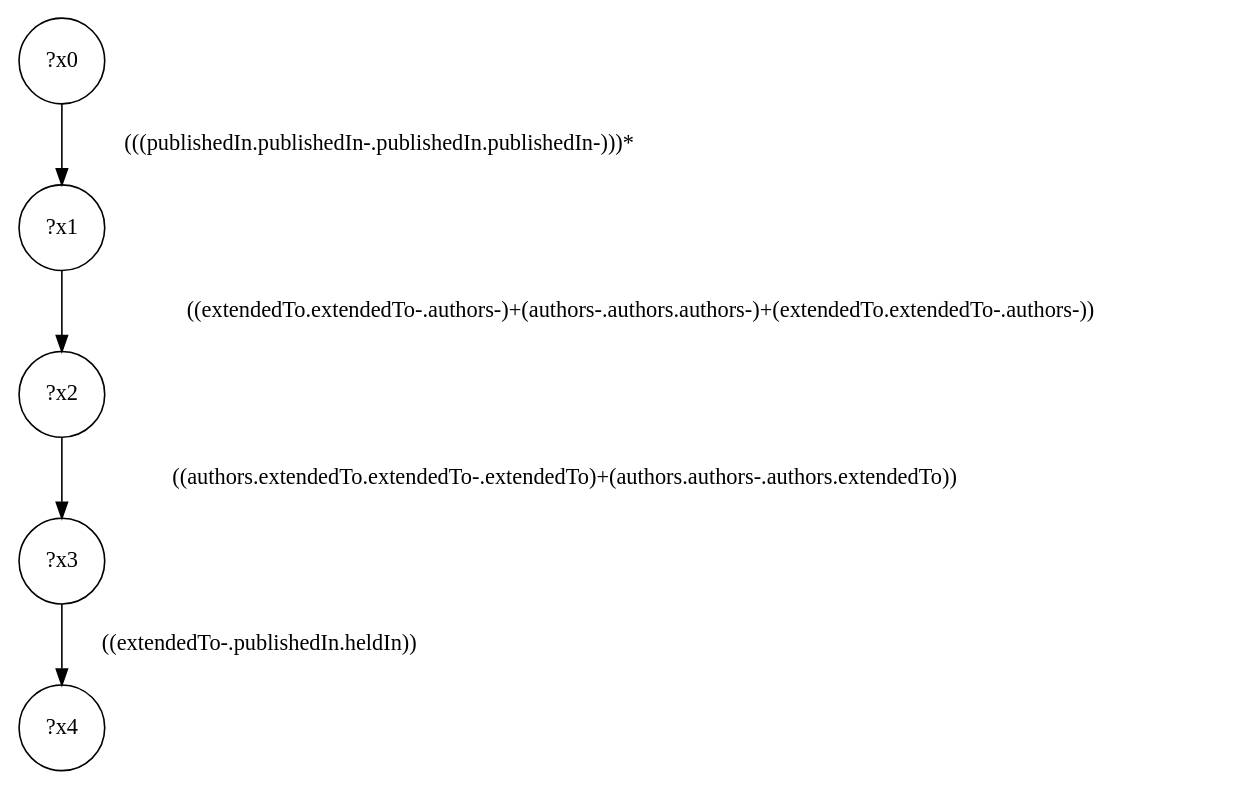
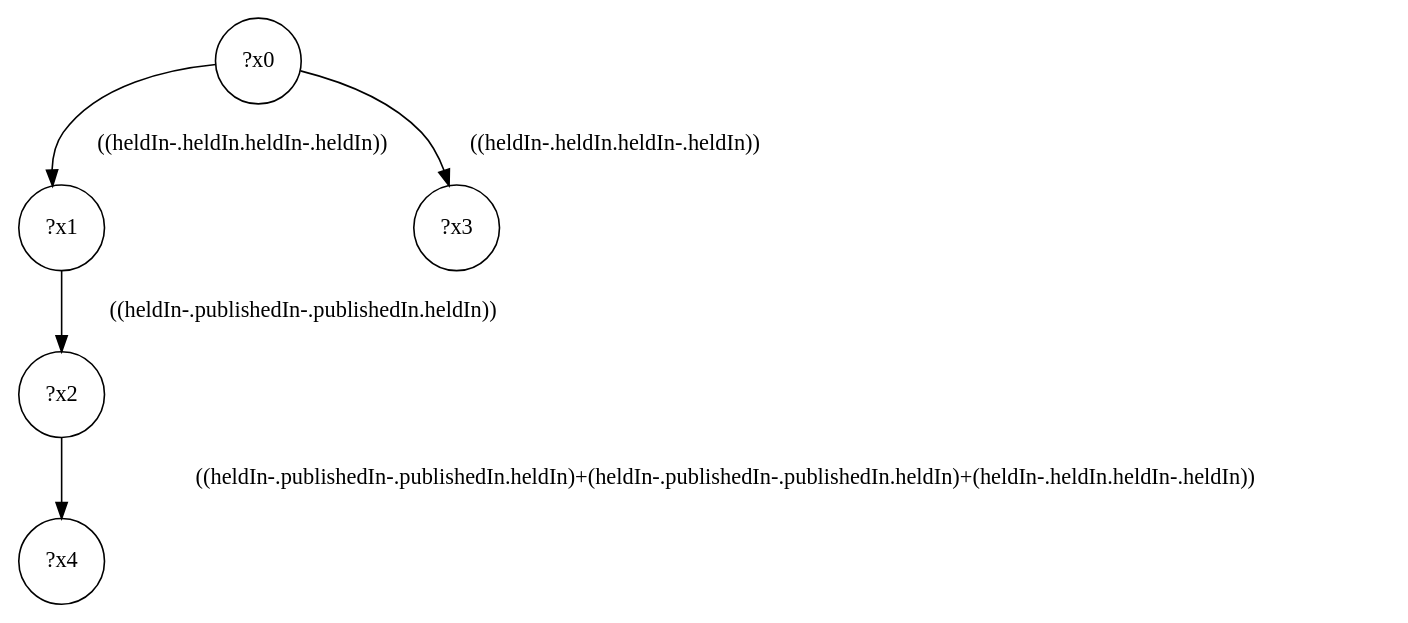
The diagram in src/queryinterface/interface-queries/query-13.dot (gbagan/gmark), drawn with Graphviz before and after one commit. The commit also changed 150 other files, not shown here.

```diff
--- a/src/queryinterface/interface-queries/query-13.dot
+++ b/src/queryinterface/interface-queries/query-13.dot
@@ -1,11 +1,11 @@
 digraph g {
 	x0 [shape=circle, label="?x0"];
 	x1 [shape=circle, label="?x1"];
-	x0 -> x1 [label="(((publishedIn.publishedIn-.publishedIn.publishedIn-)))*"];
+	x0 -> x1 [label="((heldIn-.heldIn.heldIn-.heldIn))"];
 	x2 [shape=circle, label="?x2"];
-	x1 -> x2 [label="((extendedTo.extendedTo-.authors-)+(authors-.authors.authors-)+(extendedTo.extendedTo-.authors-))"];
+	x1 -> x2 [label="((heldIn-.publishedIn-.publishedIn.heldIn))"];
 	x3 [shape=circle, label="?x3"];
-	x2 -> x3 [label="((authors.extendedTo.extendedTo-.extendedTo)+(authors.authors-.authors.extendedTo))"];
+	x0 -> x3 [label="((heldIn-.heldIn.heldIn-.heldIn))"];
 	x4 [shape=circle, label="?x4"];
-	x3 -> x4 [label="((extendedTo-.publishedIn.heldIn))"];
+	x2 -> x4 [label="((heldIn-.publishedIn-.publishedIn.heldIn)+(heldIn-.publishedIn-.publishedIn.heldIn)+(heldIn-.heldIn.heldIn-.heldIn))"];
 }
```
